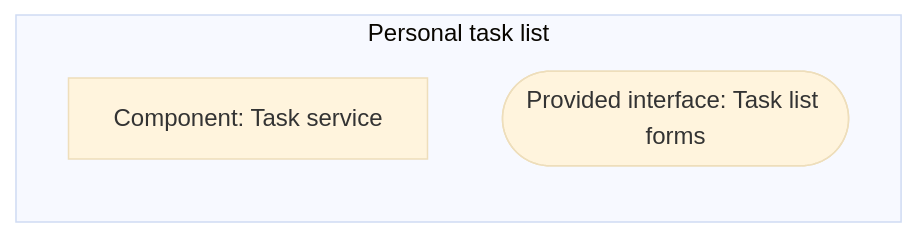
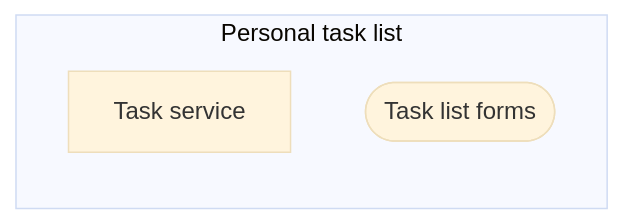
The diagram in examples/todo/specification/personal-task-list.system.spec-report.md (craigsmitham/dotspec), drawn with Mermaid (base theme) before and after one commit. The commit also changed other lines of this file and 13 other files, not shown here.

Commit message:
Use plain language for capabilities and interfaces in Architecture

````diff
--- a/examples/todo/specification/personal-task-list.system.spec-report.md
+++ b/examples/todo/specification/personal-task-list.system.spec-report.md
@@ -86,7 +86,7 @@
 ```mermaid
 flowchart LR
     subgraph owner["Personal task list"]
-        n1["Component: Task service"]
-        n2(["Provided interface: Task list forms"])
+        n1["Task service"]
+        n2(["Task list forms"])
     end
 ```
````
